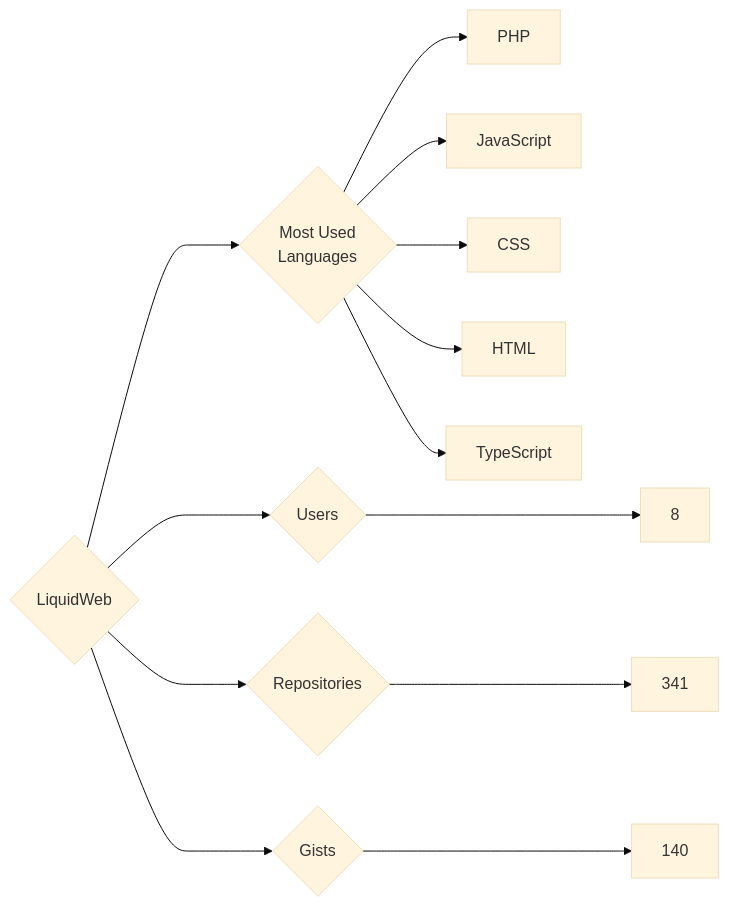
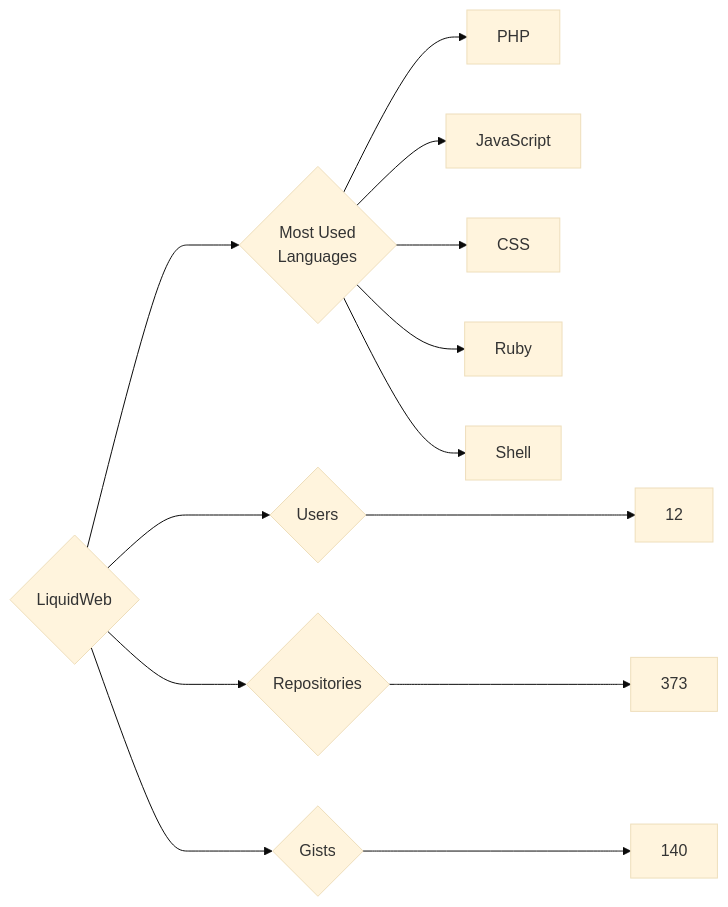
The diagram in targets/LiquidWeb/README.md (trickest/insiders), drawn with Mermaid (base theme) before and after one commit. The commit also changed 888 other files, not shown here.

````diff
--- a/targets/LiquidWeb/README.md
+++ b/targets/LiquidWeb/README.md
@@ -3,13 +3,13 @@
 ```mermaid
 graph LR
 COMPANY_NAME{LiquidWeb}
-COMPANY_NAME ---> U{Users} ---> UN[8]
-COMPANY_NAME ---> R{Repositories} ---> RN[341]
+COMPANY_NAME ---> U{Users} ---> UN[12]
+COMPANY_NAME ---> R{Repositories} ---> RN[373]
 COMPANY_NAME ---> G{Gists} ---> GN[140]
 COMPANY_NAME ---> ML{Most Used<br>Languages}
 ML --> PHP[PHP]
 ML --> JavaScript[JavaScript]
 ML --> CSS[CSS]
-ML --> HTML[HTML]
-ML --> TypeScript[TypeScript]
+ML --> Ruby[Ruby]
+ML --> Shell[Shell]
 ```
````
